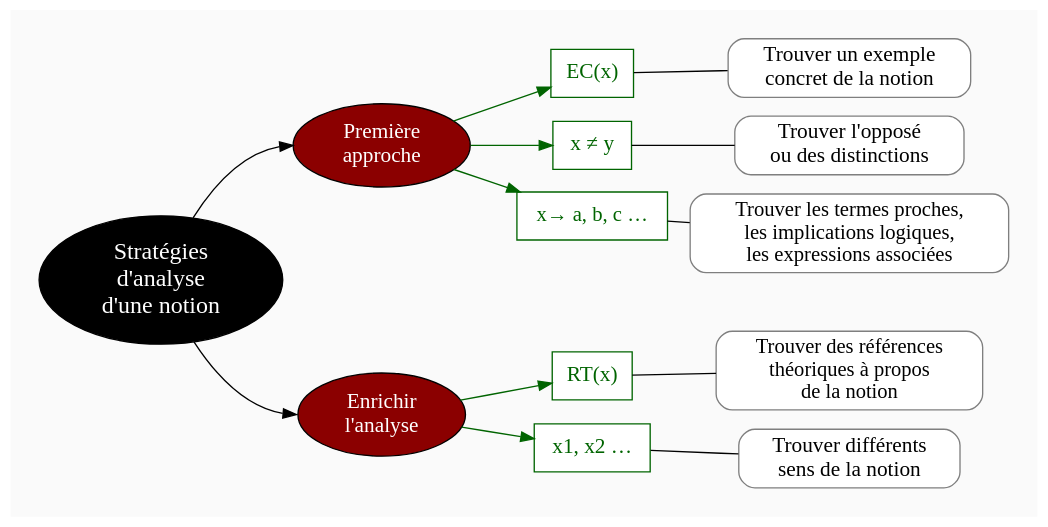
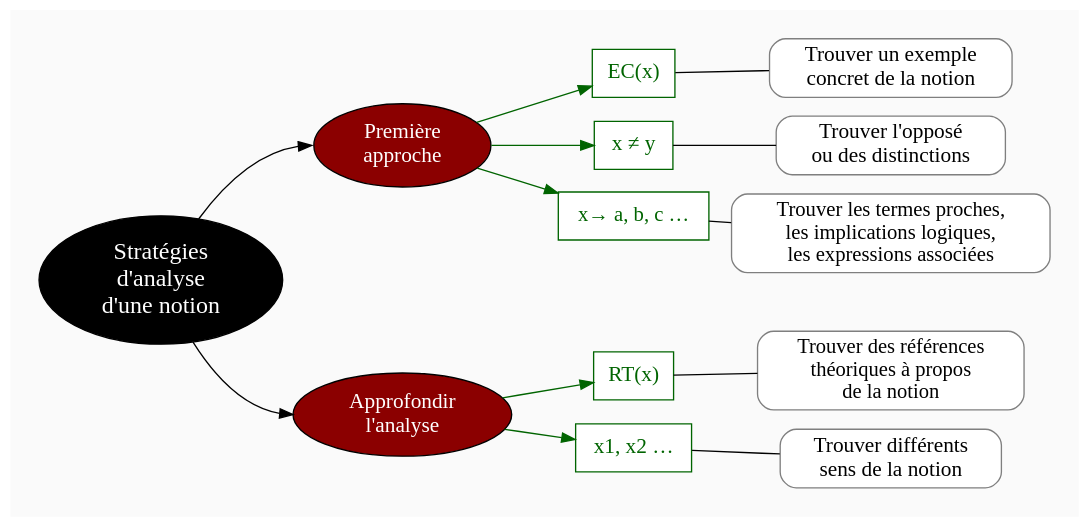
One commit to eyssette/graphviz-examples changed the diagram in diagram/strategies-analyse-notion2.dot. Above: the diagram before and after it, drawn with Graphviz. The commit also changed other lines of this file, not shown here.

```diff
--- a/diagram/strategies-analyse-notion2.dot
+++ b/diagram/strategies-analyse-notion2.dot
@@ -1,98 +1,98 @@
 digraph G {
 rankdir=LR
 splines=true
 //splines=curved
 bgcolor=grey98
 pad=0.3
 style=filled
 edge[minlen=4]
 ranksep=0.1
 nodesep=0.2 // valeur à changer ?
 
 // NIVEAU 1
 node[style=filled; fillcolor=12 ; fontcolor=white ; fontsize=18]
 // a1[label=""]
 a1[label="Stratégies
 d'analyse
 d'une notion"]
 
 
 
 // NIVEAU 2
 node[style=filled;fillcolor=red4;fontcolor=white; fontsize=16]
 // b1[label=""]
 a1->{
 b1[label="Première
 approche"]    
-b2[label="Enrichir
+b2[label="Approfondir
 l'analyse"]
 }[headport=w;minlen=1]
 
 {rank=same;b1->b2[minlen=10;style=invis]}
 //{rank=same;b2->b3[minlen=6;style=invis]}
 
 // NIVEAU 3 (sans intermédiaire)
 node [shape=box; style=filled;fillcolor=white;fontcolor=darkgreen;color=darkgreen]
 // c1[label=""]
 b1->{c1,c2,c3}[color=darkgreen]
 c1[label="EC(x)"]
 c2[label="x ≠ y"]
-c3[label="x→ a, b, c …",fontsize=15.5]
+c3[label="x→ a, b, c …",fontsize=15.5]
 b2->{c4,c5}[color=darkgreen]
 c4[label="RT(x)"]
 c5[label="x1, x2 …"]
 
 
 {rank=same;c3->c4[minlen=6;style=invis]}
 
 // INTERMEDIAIRE AVANT NIVEAU 3
 node[style=filled;fillcolor=grey78;shape=oval]
 // [arrowhead=none]
 // bc1[label=""]
 
 // NIVEAU 3 (avec intermédiaire)
 node[style="filled";fillcolor=white;shape=box;color=grey50]
 // c1[label=""]
 
 // NIVEAU 4
 node[style="filled, rounded";fillcolor=white;shape=box;fontcolor=black;color=grey50]
 // d1[label=""]
 c1->d1[arrowhead=none;minlen=2]
 d1[label="Trouver un exemple
 concret de la notion"]
 
 c2->d2[arrowhead=none;minlen=2]
 d2[label="Trouver l'opposé
 ou des distinctions"]
 
 c3->d3[arrowhead=none;minlen=2]
 d3[label="Trouver les termes proches,
 les implications logiques,
 les expressions associées",fontsize=15.5]
 
 c4->d4[arrowhead=none;minlen=2]
 d4[label="Trouver des références
 théoriques à propos
 de la notion",fontsize=15.4]
 
 c5->d5[arrowhead=none;minlen=2]
 d5[label="Trouver différents
 sens de la notion"]
 
 
 // ETIQUETTES EN ROUGE
 node[shape=plaintext;fontcolor=firebrick3;fillcolor=grey98]
 // e1[label=< <B>= Titre</B><BR /><BR />Contenu<BR /> >]
 // e1[label=""]
 // ->e1[minlen=1;style=invis]
 
 
 // Remarques
 node[color=blue;shape=box;style=filled;margin=0.07;fontcolor=black;fontsize=13]
 edge[color=blue;arrowhead="none";xlabel="";style=dashed]
 // r1[label=""]
 // {rank=same;->r1}
 // {rank=same;r1->[dir=back]}
 
 
 }
```
